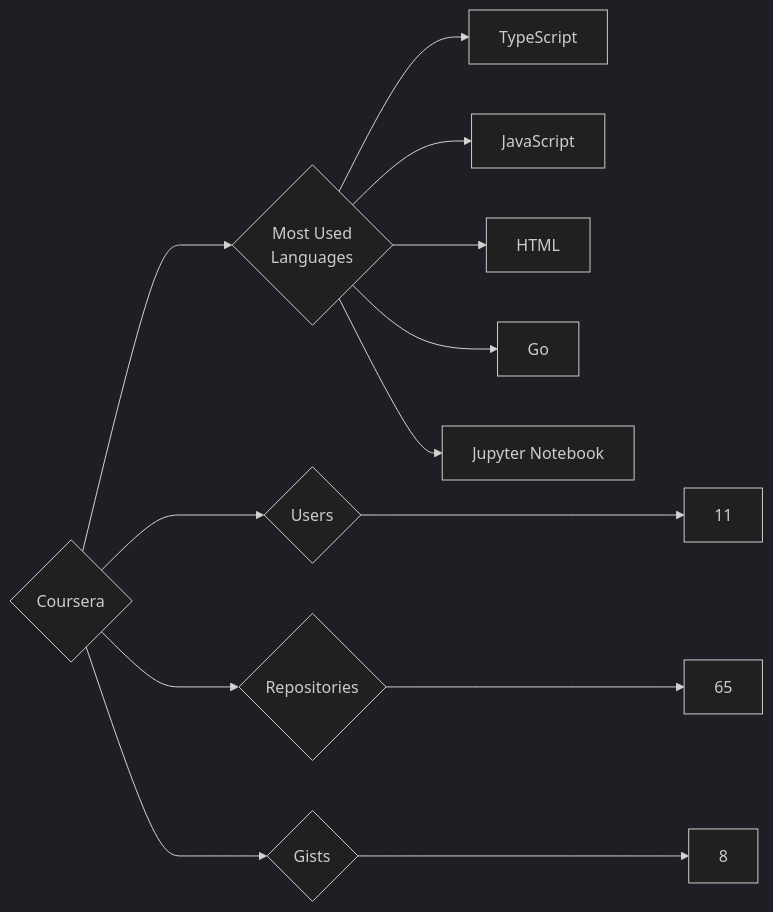
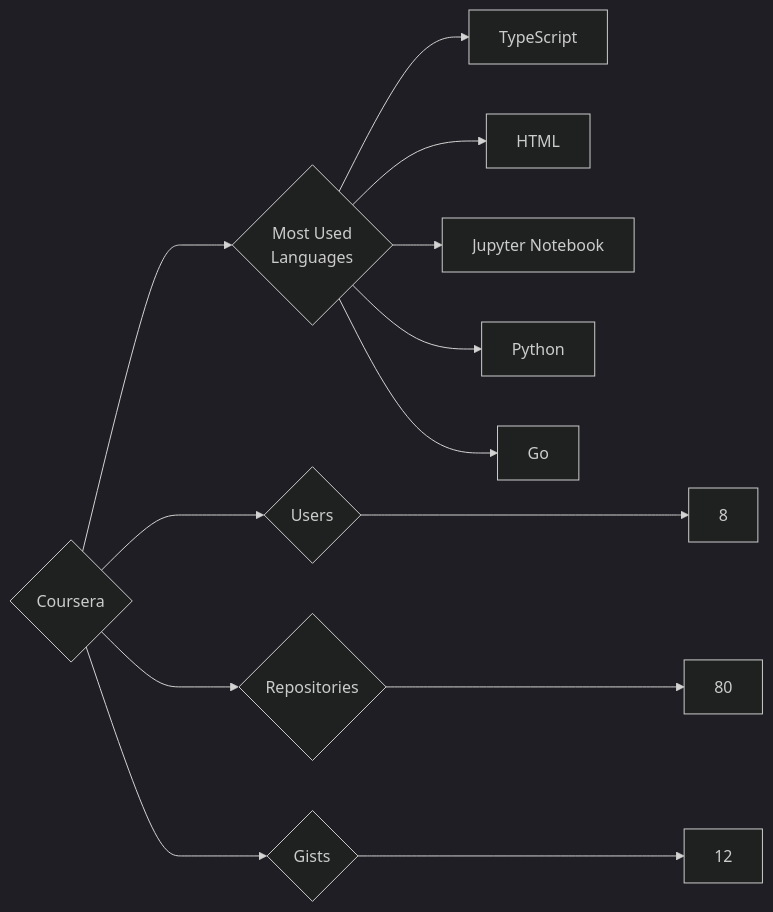
Before and after one commit to trickest/insiders: the diagram in targets/Coursera/README.md, drawn with Mermaid (dark theme). The commit also changed 1084 other files, not shown here.

````diff
--- a/targets/Coursera/README.md
+++ b/targets/Coursera/README.md
@@ -3,13 +3,13 @@
 ```mermaid
 graph LR
 COMPANY_NAME{Coursera}
-COMPANY_NAME ---> U{Users} ---> UN[11]
-COMPANY_NAME ---> R{Repositories} ---> RN[65]
-COMPANY_NAME ---> G{Gists} ---> GN[8]
+COMPANY_NAME ---> U{Users} ---> UN[8]
+COMPANY_NAME ---> R{Repositories} ---> RN[80]
+COMPANY_NAME ---> G{Gists} ---> GN[12]
 COMPANY_NAME ---> ML{Most Used<br>Languages}
 ML --> TypeScript[TypeScript]
-ML --> JavaScript[JavaScript]
 ML --> HTML[HTML]
+ML --> Jupyter_Notebook[Jupyter Notebook]
+ML --> Python[Python]
 ML --> Go[Go]
-ML --> Jupyter_Notebook[Jupyter Notebook]
 ```
````
